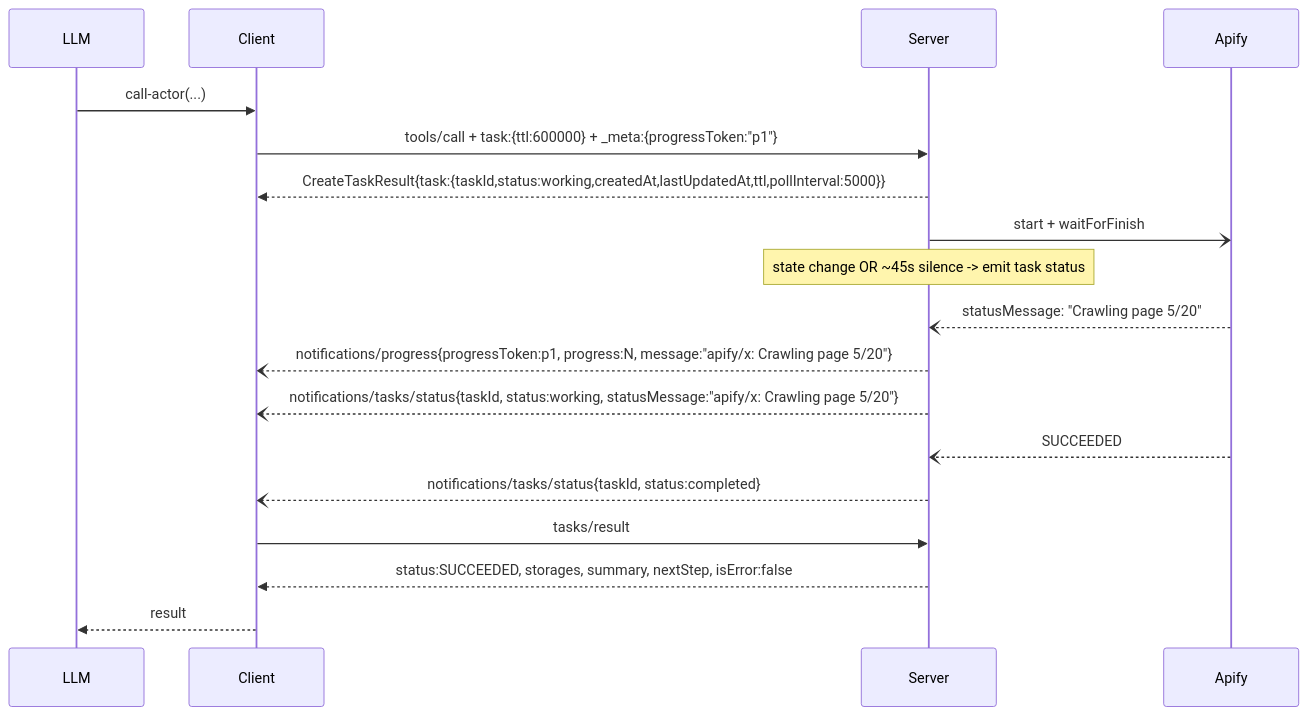
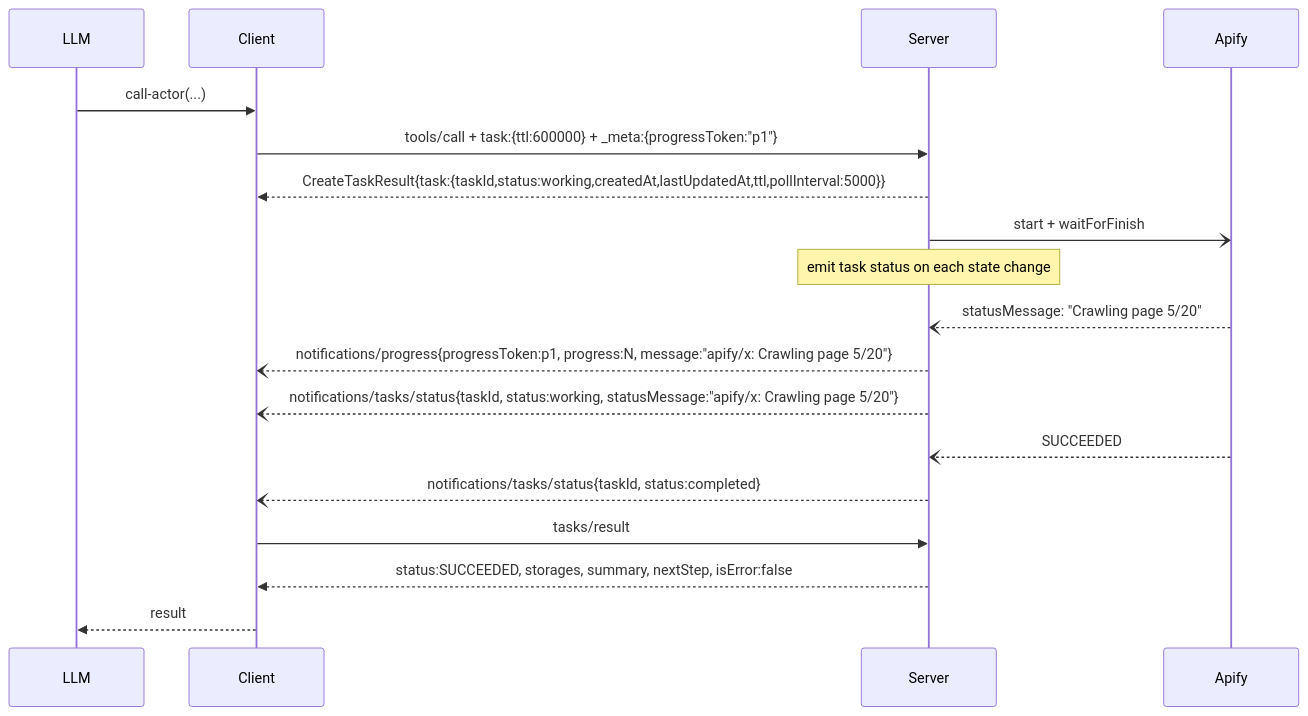
The second of 2 diagrams in res/call_actor_redesign_v4.md (apify/apify-mcp-server), drawn with Mermaid before and after one commit. The commit also changed other lines of this file, not shown here.

````diff
--- a/res/call_actor_redesign_v4.md
+++ b/res/call_actor_redesign_v4.md
@@ -373,20 +373,20 @@
 ```mermaid
 sequenceDiagram
   participant LLM
   participant Client
   participant Server
   participant Apify
   LLM->>Client: call-actor(...)
   Client->>Server: tools/call + task:{ttl:600000} + _meta:{progressToken:"p1"}
   Server-->>Client: CreateTaskResult{task:{taskId,status:working,createdAt,lastUpdatedAt,ttl,pollInterval:5000}}
   Server-)Apify: start + waitForFinish
-  Note over Server: state change OR ~45s silence -> emit task status
+  Note over Server: emit task status on each state change
   Apify--)Server: statusMessage: "Crawling page 5/20"
   Server--)Client: notifications/progress{progressToken:p1, progress:N, message:"apify/x: Crawling page 5/20"}
   Server--)Client: notifications/tasks/status{taskId, status:working, statusMessage:"apify/x: Crawling page 5/20"}
   Apify--)Server: SUCCEEDED
   Server--)Client: notifications/tasks/status{taskId, status:completed}
   Client->>Server: tasks/result
   Server-->>Client: status:SUCCEEDED, storages, summary, nextStep, isError:false
   Client-->>LLM: result
 ```
````
